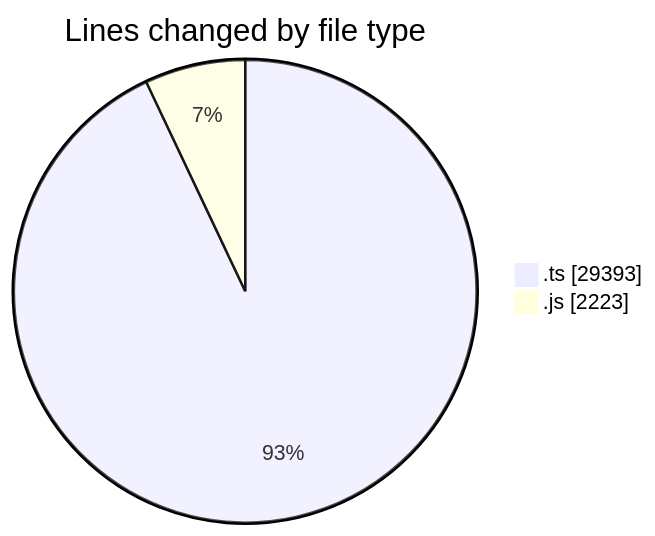
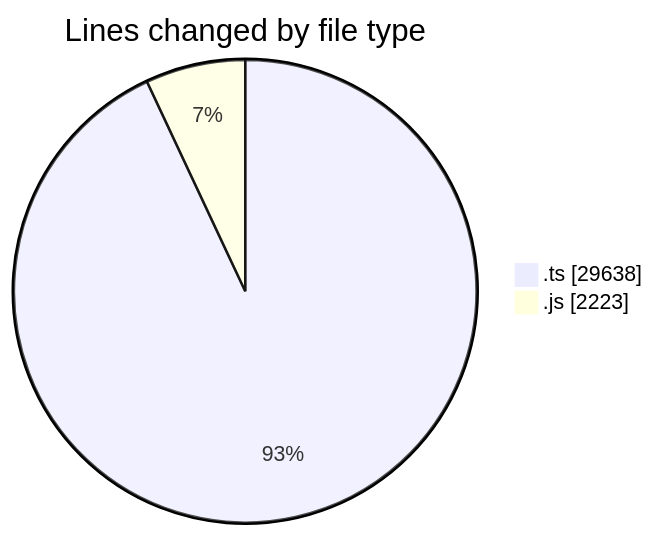
One commit to momahboobian/code-tracking changed the first of 2 diagrams in 2025-06-26/cda/README.md. Above: the diagram before and after it, drawn with Mermaid. The commit also changed other lines of this file and 1 other file, not shown here.

````diff
--- a/2025-06-26/cda/README.md
+++ b/2025-06-26/cda/README.md
@@ -32,6 +32,6 @@
 ```mermaid
 pie showData
 title Lines changed by file type
-".ts" : 29393
+".ts" : 29638
 ".js" : 2223
 ```
````
